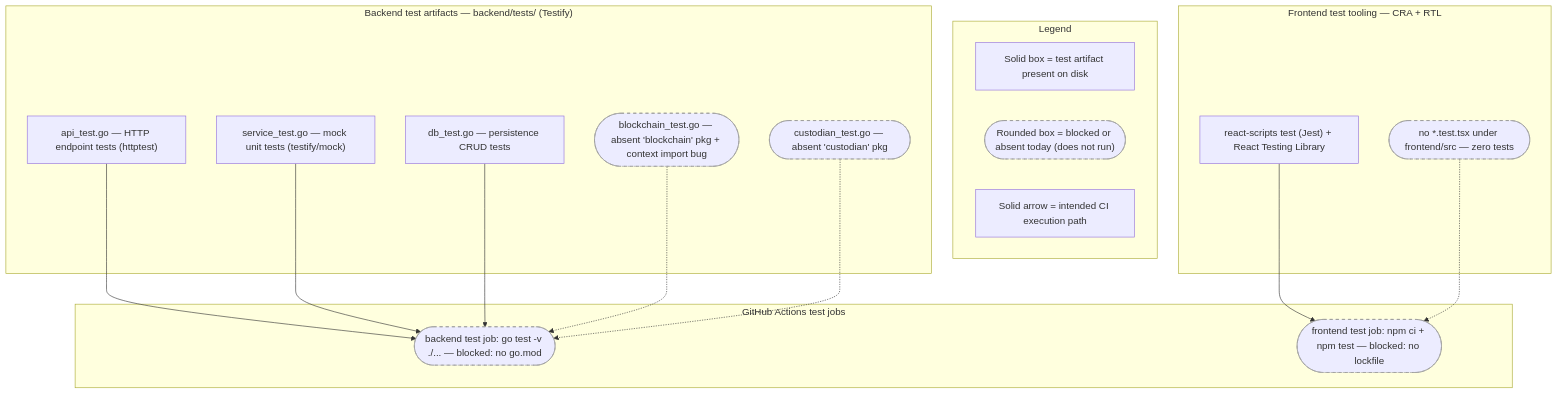
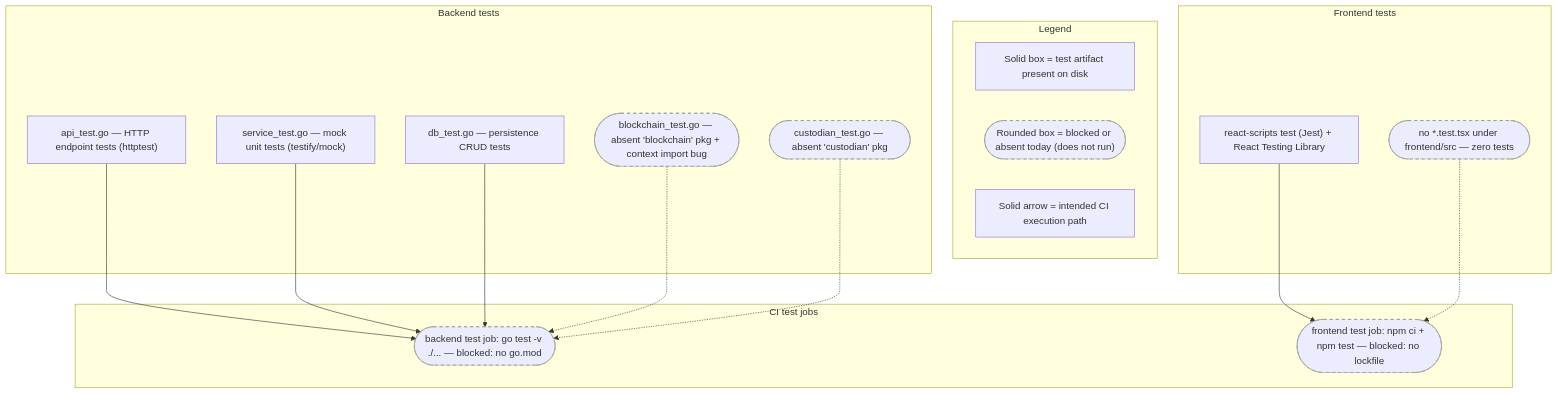
The diagram in docs/contributing/testing.md (blitzy-public-samples/blockchain-integration-6edhrq), drawn with Mermaid before and after one commit. The commit also changed other lines of this file and 25 other files, not shown here.

````diff
--- a/docs/contributing/testing.md
+++ b/docs/contributing/testing.md
@@ -35,38 +35,47 @@
 ```mermaid
 flowchart TB
+    %% Cluster-caption budget: Mermaid wraps a subgraph caption on its own internal
+    %% ~200px band (the inner div carries max-width:200px) which flowchart.wrappingWidth
+    %% does NOT widen, and it reserves only ONE caption line before the first child row.
+    %% Measured in Mermaid 11.4.0: clearance = 13.5 - 24 x (lines - 1) user units, so a
+    %% two-line caption already paints over the first node. Browser-measured on a 20px
+    %% sans ramp as well: a 17-character caption stays on one line, 21 characters wrap.
+    %% Keep every caption to ONE line -- at most ~17 characters and no em dash. The
+    %% detail these captions used to carry is stated in the legend keys and in the
+    %% cited prose around this figure.
     subgraph Legend_T1["Legend"]
         LT1["Solid box = test artifact present on disk"]
         LT2(["Rounded box = blocked or absent today (does not run)"])
         LT3["Solid arrow = intended CI execution path"]
     end
 
-    subgraph BE["Backend test artifacts — backend/tests/ (Testify)"]
+    subgraph BE["Backend tests"]
         A1["api_test.go — HTTP endpoint tests (httptest)"]
         A2["service_test.go — mock unit tests (testify/mock)"]
         A3["db_test.go — persistence CRUD tests"]
         A4(["blockchain_test.go — absent 'blockchain' pkg + context import bug"])
         A5(["custodian_test.go — absent 'custodian' pkg"])
     end
 
-    subgraph FE["Frontend test tooling — CRA + RTL"]
+    subgraph FE["Frontend tests"]
         F1["react-scripts test (Jest) + React Testing Library"]
         F2(["no *.test.tsx under frontend/src — zero tests"])
     end
 
-    subgraph CI["GitHub Actions test jobs"]
+    subgraph CI["CI test jobs"]
         C1(["backend test job: go test -v ./... — blocked: no go.mod"])
         C2(["frontend test job: npm ci + npm test — blocked: no lockfile"])
     end
 
     A1 --> C1
     A2 --> C1
     A3 --> C1
     A4 -.-> C1
     A5 -.-> C1
     F1 --> C2
     F2 -.-> C2
 
     class A4,A5,F2,C1,C2,LT2 blockedStyle
     classDef blockedStyle stroke-dasharray: 5 5,stroke:#999999,color:#333333
     %% Legend: solid box = artifact present; rounded/dashed box = blocked or absent; solid arrow = intended CI path
 ```
````
